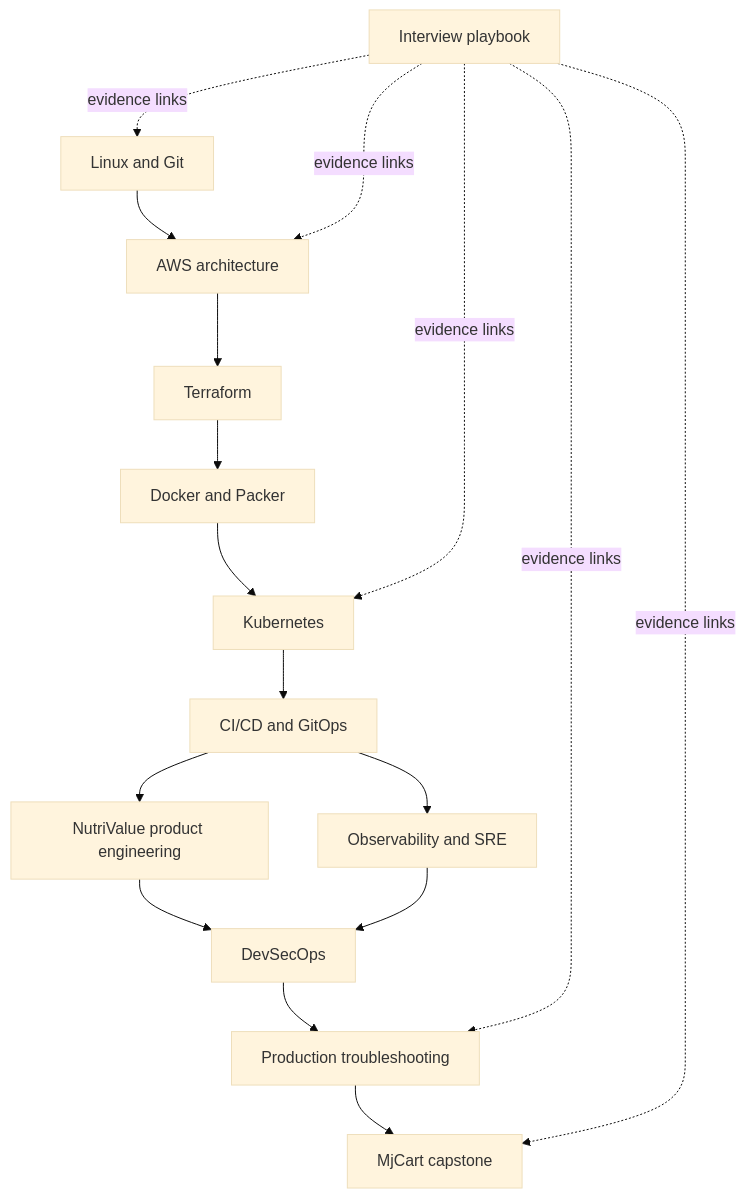
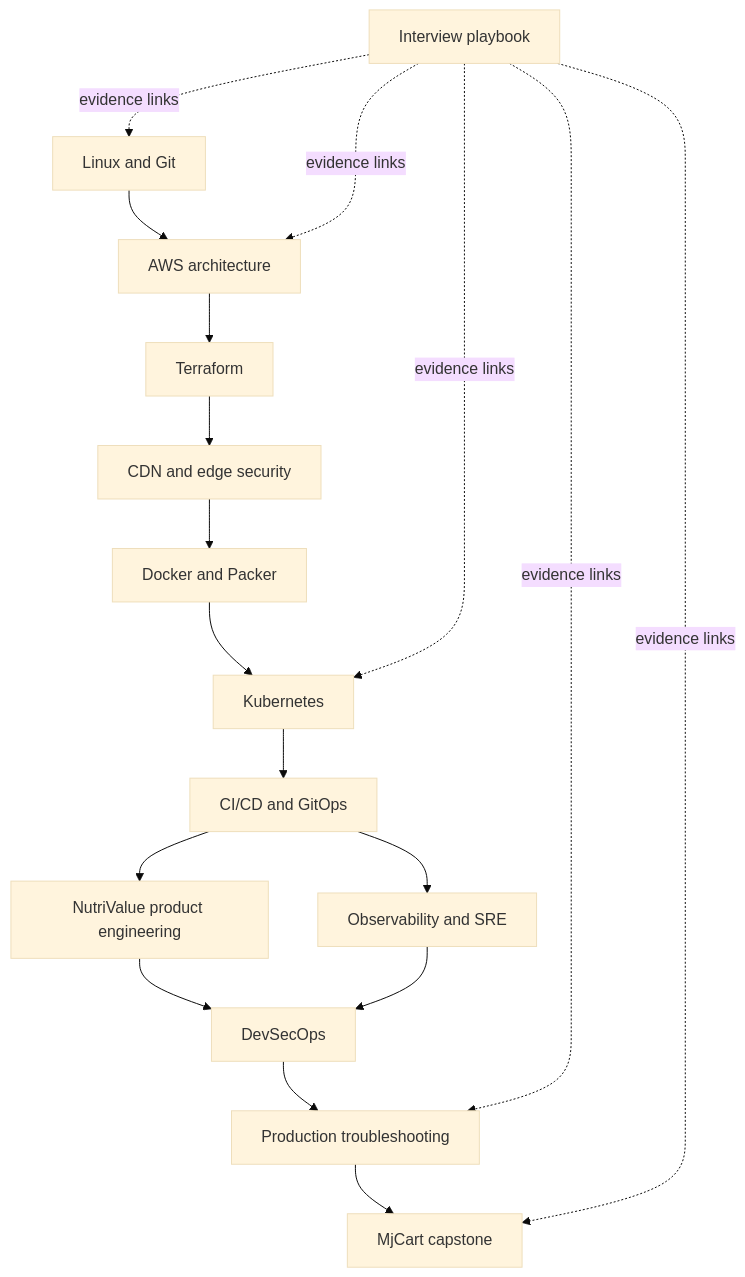
One commit to jeevanm84/jeevanm84 changed the diagram in docs/ECOSYSTEM.md. Above: the diagram before and after it, drawn with Mermaid (base theme). The commit also changed other lines of this file and 1 other file, not shown here.

Commit message:
Add aws-cloudfront-waf-shield-cdn-security to the portfolio (#11)
Lists it in Featured engineering projects, the engineering roadmap
(stage 4, renumbering later stages), the ecosystem hierarchy and
repository-responsibilities table, and adds CDN/edge security
(CloudFront, WAF, Shield) to the technology stack, which had no
prior mention of edge/CDN security despite it being an AWS-native
domain.

````diff
--- a/docs/ECOSYSTEM.md
+++ b/docs/ECOSYSTEM.md
@@ -54,19 +56,20 @@
 ```mermaid
 flowchart TB
   Git[Linux and Git] --> AWS[AWS architecture]
   AWS --> TF[Terraform]
-  TF --> Images[Docker and Packer]
+  TF --> CDN[CDN and edge security]
+  CDN --> Images[Docker and Packer]
   Images --> K8s[Kubernetes]
   K8s --> CICD[CI/CD and GitOps]
   CICD --> Obs[Observability and SRE]
   CICD --> Product[NutriValue product engineering]
   Product --> Sec[DevSecOps]
   Obs --> Sec[DevSecOps]
   Sec --> Incident[Production troubleshooting]
   Incident --> Capstone[MjCart capstone]
   Interview[Interview playbook] -. evidence links .-> Git
   Interview -. evidence links .-> AWS
   Interview -. evidence links .-> K8s
   Interview -. evidence links .-> Incident
   Interview -. evidence links .-> Capstone
 ```
````
